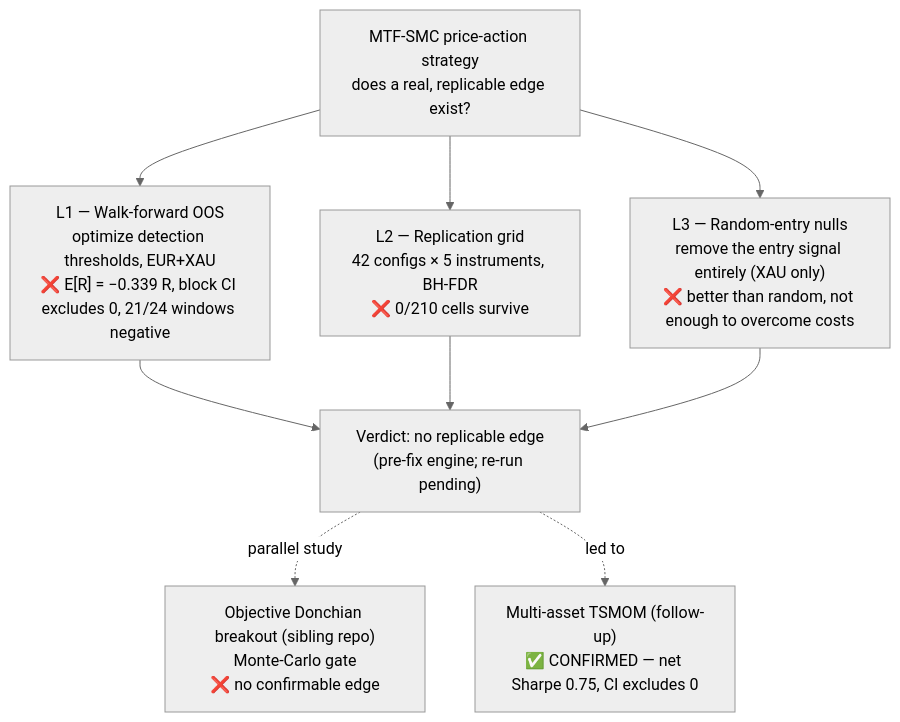
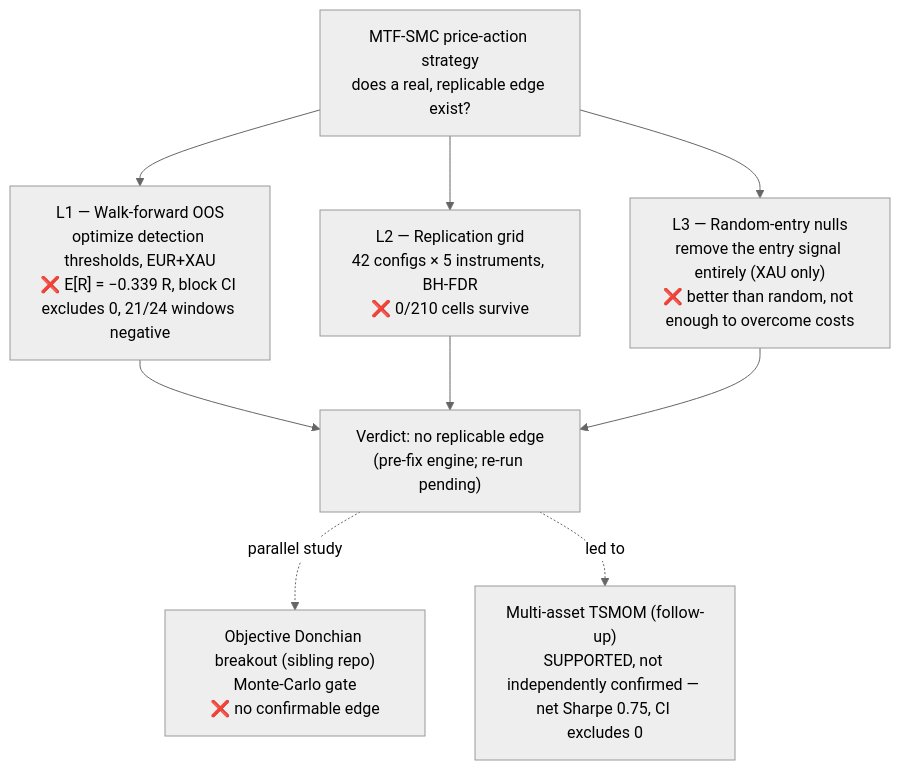
Before and after one commit to AaroNLaU0307/quant-backtest-framework: the diagram in README.md, drawn with Mermaid (neutral theme). The commit also changed other lines of this file and 1 other file, not shown here.

First line of the commit message:
Label the TSMOM follow-up as supported; pin headline.json to its source commit

````diff
--- a/README.md
+++ b/README.md
@@ -50,15 +50,15 @@
 ```mermaid
 flowchart TD
     Q["MTF-SMC price-action strategy<br/>does a real, replicable edge exist?"]
 
     Q --> L1["L1 — Walk-forward OOS<br/>optimize detection thresholds, EUR+XAU<br/>❌ E[R] = −0.339 R, block CI excludes 0, 21/24 windows negative"]
     Q --> L2["L2 — Replication grid<br/>42 configs × 5 instruments, BH-FDR<br/>❌ 0/210 cells survive"]
     Q --> L3["L3 — Random-entry nulls<br/>remove the entry signal entirely (XAU only)<br/>❌ better than random, not enough to overcome costs"]
 
     L1 --> V["Verdict: no replicable edge<br/>(pre-fix engine; re-run pending)"]
     L2 --> V
     L3 --> V
 
     V -. parallel study .-> SIB["Objective Donchian breakout (sibling repo)<br/>Monte-Carlo gate<br/>❌ no confirmable edge"]
-    V -. led to .-> FU["Multi-asset TSMOM (follow-up)<br/>✅ CONFIRMED — net Sharpe 0.75, CI excludes 0"]
+    V -. led to .-> FU["Multi-asset TSMOM (follow-up)<br/>SUPPORTED, not independently confirmed — net Sharpe 0.75, CI excludes 0"]
 ```
````
